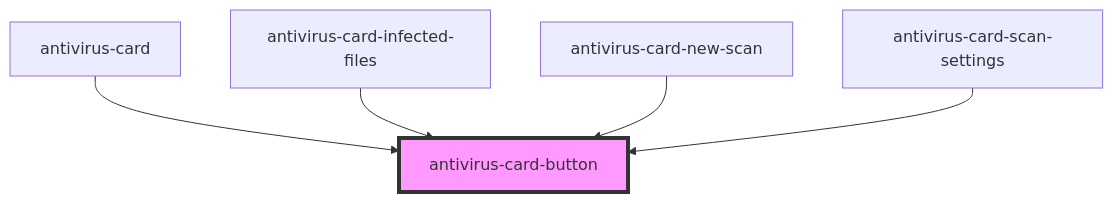
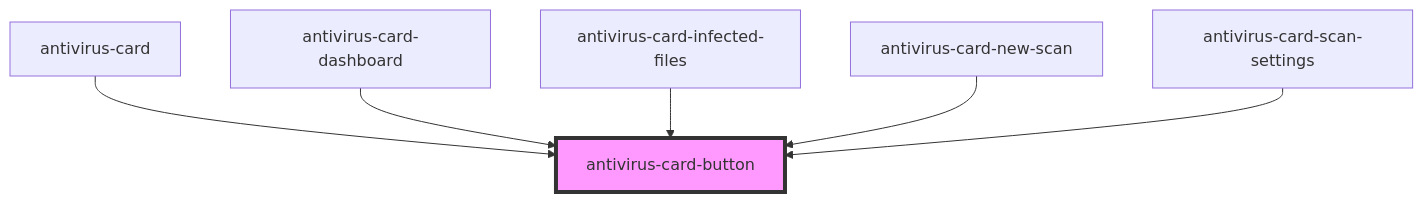
Before and after one commit to ispsystem/plugin-imunify: the diagram in client/packages/antivirus-card/src/components/button/readme.md, drawn with Mermaid. The commit also changed other lines of this file and 2 other files, not shown here.

Commit message:
docs(antivirus-card): 📚 Readmes autoupdate

````diff
--- a/client/packages/antivirus-card/src/components/button/readme.md
+++ b/client/packages/antivirus-card/src/components/button/readme.md
@@ -28,8 +29,9 @@
 ```mermaid
 graph TD;
   antivirus-card --> antivirus-card-button
+  antivirus-card-dashboard --> antivirus-card-button
   antivirus-card-infected-files --> antivirus-card-button
   antivirus-card-new-scan --> antivirus-card-button
   antivirus-card-scan-settings --> antivirus-card-button
   style antivirus-card-button fill:#f9f,stroke:#333,stroke-width:4px
 ```
````
